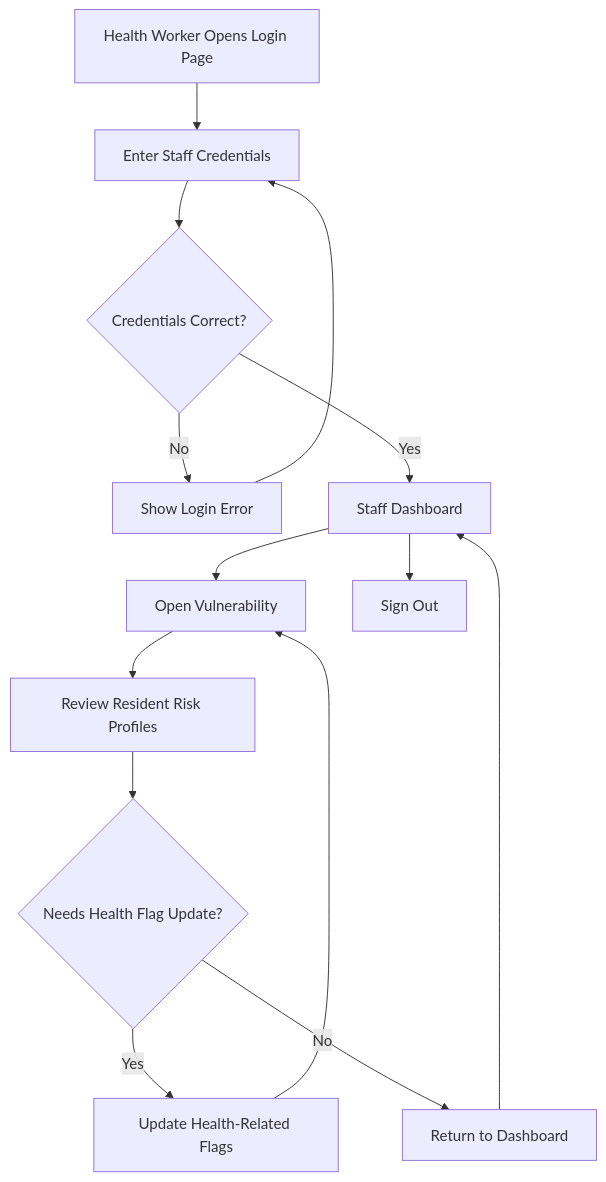
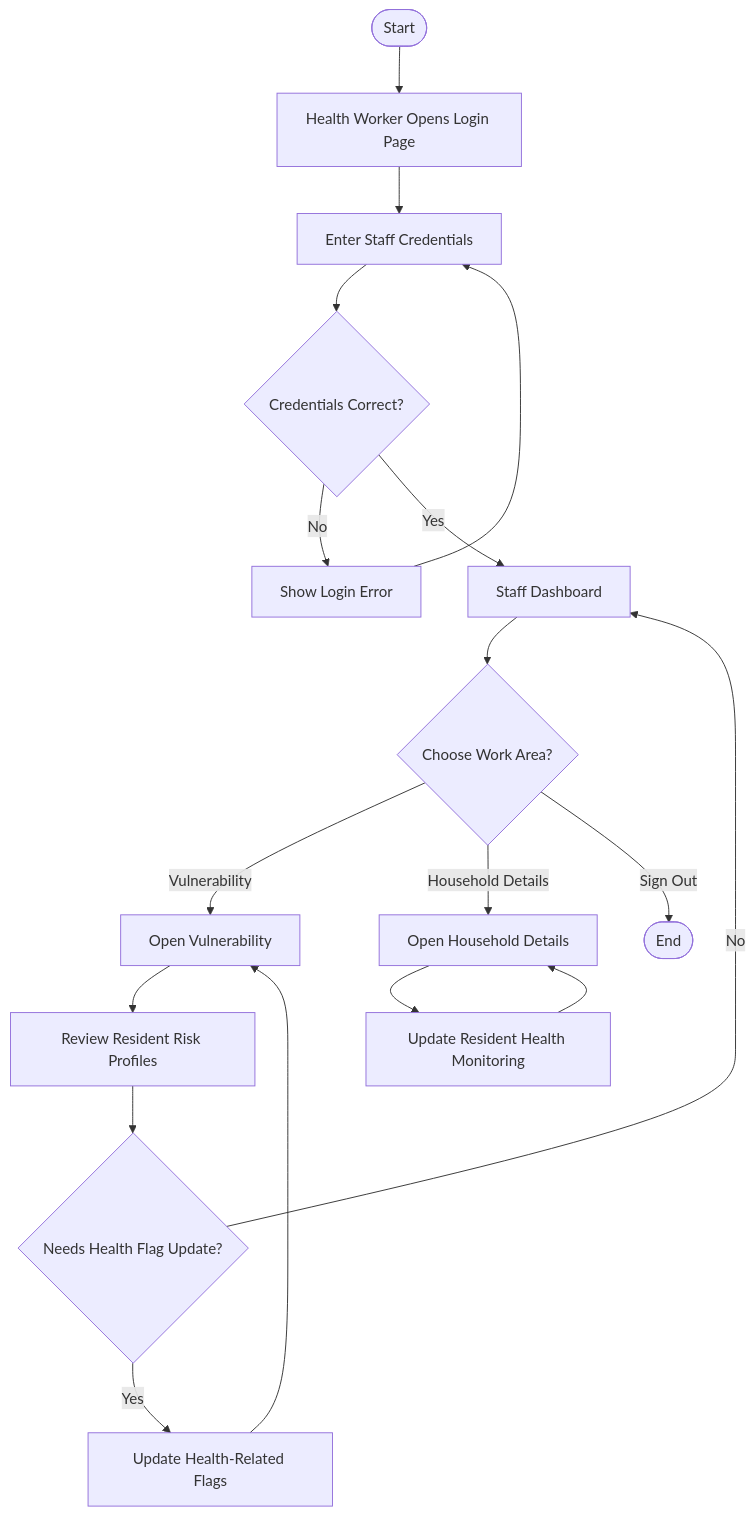
Before and after one commit to RICKYLER/pwa: the sixth of 7 diagrams in ROLE_UIUX_FLOWCHART.md, drawn with Mermaid. The commit also changed other lines of this file and 12 other files, not shown here.

First line of the commit message:
feat: add follow-up status and medical notes fields to health monitoring

````diff
--- a/ROLE_UIUX_FLOWCHART.md
+++ b/ROLE_UIUX_FLOWCHART.md
@@ -141,19 +320,24 @@
 ```mermaid
 flowchart TD
-    A[Health Worker Opens Login Page] --> B[Enter Staff Credentials]
-    B --> C{Credentials Correct?}
+    START([Start]) --> LOGIN[Health Worker Opens Login Page]
+    LOGIN --> ENTER[Enter Staff Credentials]
+    ENTER --> VALID{Credentials Correct?}
 
-    C -- No --> D[Show Login Error]
-    D --> B
+    VALID -- No --> ERROR[Show Login Error]
+    ERROR --> ENTER
+    VALID -- Yes --> DASHBOARD[Staff Dashboard]
 
-    C -- Yes --> E[Staff Dashboard]
-    E --> F[Open Vulnerability]
-    F --> G[Review Resident Risk Profiles]
-    G --> H{Needs Health Flag Update?}
-    H -- Yes --> I[Update Health-Related Flags]
-    I --> F
-    H -- No --> J[Return to Dashboard]
-    J --> E
+    DASHBOARD --> PATH{Choose Work Area?}
+    PATH -- Vulnerability --> VULNERABILITY[Open Vulnerability]
+    PATH -- Household Details --> HOUSEHOLD[Open Household Details]
+    PATH -- Sign Out --> END([End])
 
-    E --> K[Sign Out]
+    VULNERABILITY --> PROFILES[Review Resident Risk Profiles]
+    PROFILES --> NEEDS_UPDATE{Needs Health Flag Update?}
+    NEEDS_UPDATE -- Yes --> UPDATE_FLAGS[Update Health-Related Flags]
+    UPDATE_FLAGS --> VULNERABILITY
+    NEEDS_UPDATE -- No --> DASHBOARD
+
+    HOUSEHOLD --> MONITORING[Update Resident Health Monitoring]
+    MONITORING --> HOUSEHOLD
 ```
````
